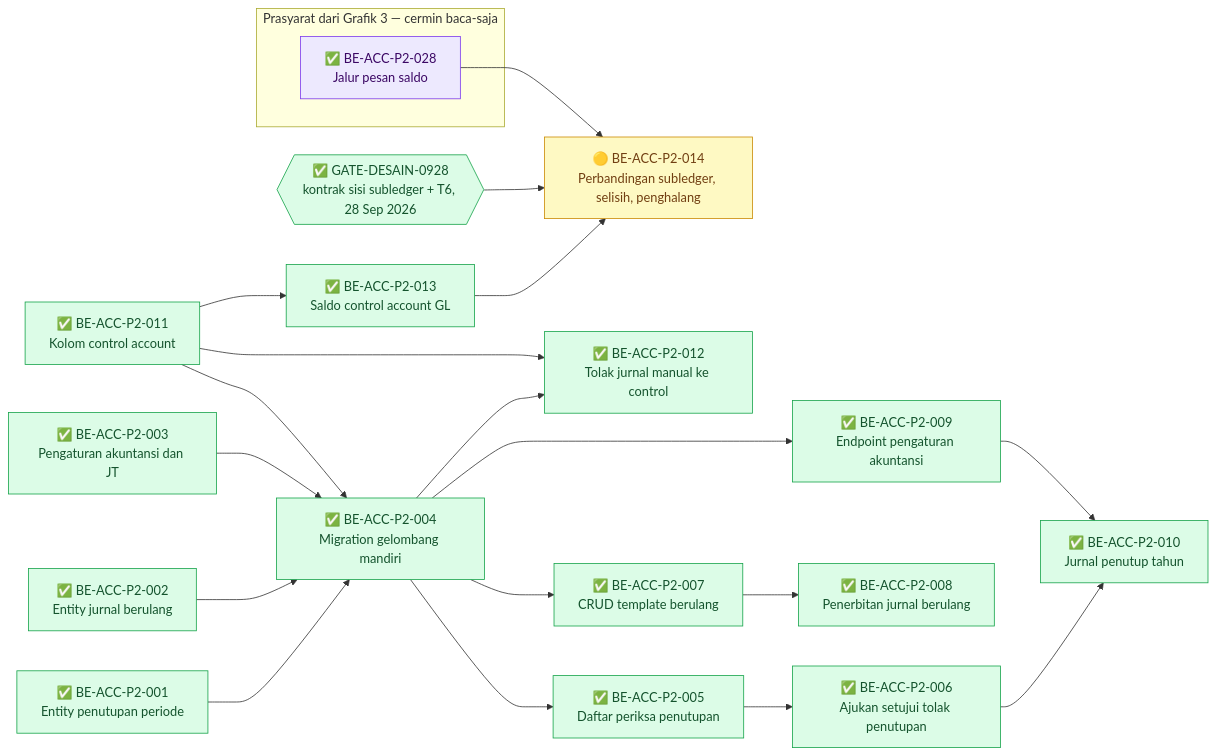
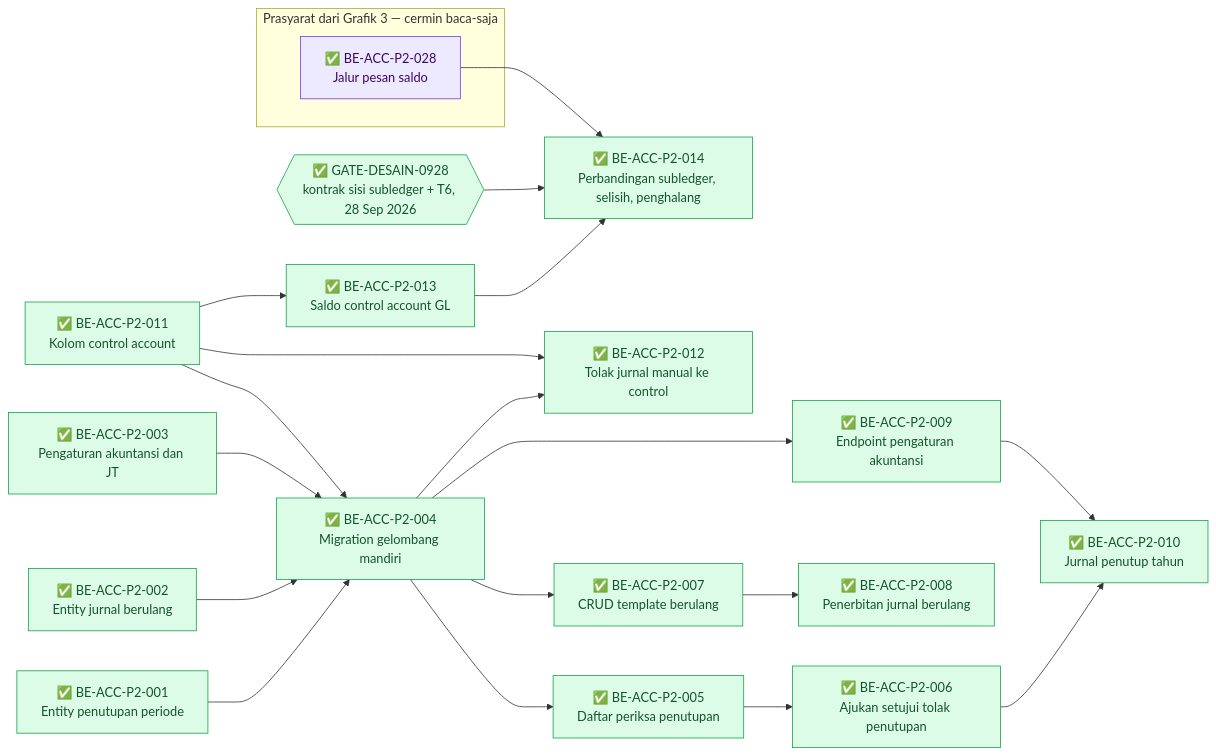
One commit to DevBenari/NewQuilvianSystemBackend changed the second of 7 diagrams in docs/module-blueprints/accounting/roadmap/backend-roadmap-phase2.md. Above: the diagram before and after it, drawn with Mermaid. The commit also changed other lines of this file and 34 other files, not shown here.

````diff
--- a/docs/module-blueprints/accounting/roadmap/backend-roadmap-phase2.md
+++ b/docs/module-blueprints/accounting/roadmap/backend-roadmap-phase2.md
@@ -86,45 +98,45 @@
 ```mermaid
 flowchart LR
     classDef selesai fill:#DCFCE7,stroke:#16A34A,color:#14532D
     classDef sebagian fill:#FEF9C3,stroke:#CA8A04,color:#713F12
     classDef terblokir fill:#FEE2E2,stroke:#DC2626,color:#7F1D1D
     classDef belum fill:#F1F5F9,stroke:#64748B,color:#0F172A
     classDef luar fill:#EDE9FE,stroke:#7C3AED,color:#3B0764
 
     BEACCP2001["✅ BE-ACC-P2-001<br/>Entity penutupan periode"]:::selesai
     BEACCP2002["✅ BE-ACC-P2-002<br/>Entity jurnal berulang"]:::selesai
     BEACCP2003["✅ BE-ACC-P2-003<br/>Pengaturan akuntansi dan JT"]:::selesai
     BEACCP2004["✅ BE-ACC-P2-004<br/>Migration gelombang mandiri"]:::selesai
     BEACCP2005["✅ BE-ACC-P2-005<br/>Daftar periksa penutupan"]:::selesai
     BEACCP2006["✅ BE-ACC-P2-006<br/>Ajukan setujui tolak penutupan"]:::selesai
     BEACCP2007["✅ BE-ACC-P2-007<br/>CRUD template berulang"]:::selesai
     BEACCP2008["✅ BE-ACC-P2-008<br/>Penerbitan jurnal berulang"]:::selesai
     BEACCP2009["✅ BE-ACC-P2-009<br/>Endpoint pengaturan akuntansi"]:::selesai
     BEACCP2010["✅ BE-ACC-P2-010<br/>Jurnal penutup tahun"]:::selesai
     BEACCP2011["✅ BE-ACC-P2-011<br/>Kolom control account"]:::selesai
     BEACCP2012["✅ BE-ACC-P2-012<br/>Tolak jurnal manual ke control"]:::selesai
     BEACCP2013["✅ BE-ACC-P2-013<br/>Saldo control account GL"]:::selesai
-    BEACCP2014["🟡 BE-ACC-P2-014<br/>Perbandingan subledger, selisih, penghalang"]:::sebagian
+    BEACCP2014["✅ BE-ACC-P2-014<br/>Perbandingan subledger, selisih, penghalang"]:::selesai
     GKONTRAKSUB{{"✅ GATE-DESAIN-0928<br/>kontrak sisi subledger + T6, 28 Sep 2026"}}:::selesai
     subgraph cermin1["Prasyarat dari Grafik 3 — cermin baca-saja"]
         MBEACCP2028["✅ BE-ACC-P2-028<br/>Jalur pesan saldo"]:::luar
     end
 
     BEACCP2001 --> BEACCP2004
     BEACCP2002 --> BEACCP2004
     BEACCP2003 --> BEACCP2004
     BEACCP2011 --> BEACCP2004
     BEACCP2004 --> BEACCP2005
     BEACCP2005 --> BEACCP2006
     BEACCP2004 --> BEACCP2007
     BEACCP2007 --> BEACCP2008
     BEACCP2004 --> BEACCP2009
     BEACCP2006 --> BEACCP2010
     BEACCP2009 --> BEACCP2010
     BEACCP2004 --> BEACCP2012
     BEACCP2011 --> BEACCP2012
     BEACCP2011 --> BEACCP2013
     BEACCP2013 --> BEACCP2014
     MBEACCP2028 --> BEACCP2014
     GKONTRAKSUB --> BEACCP2014
 ```
````
